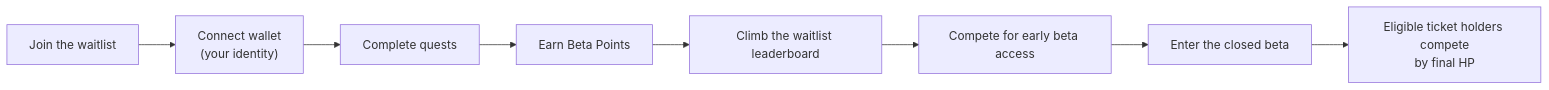
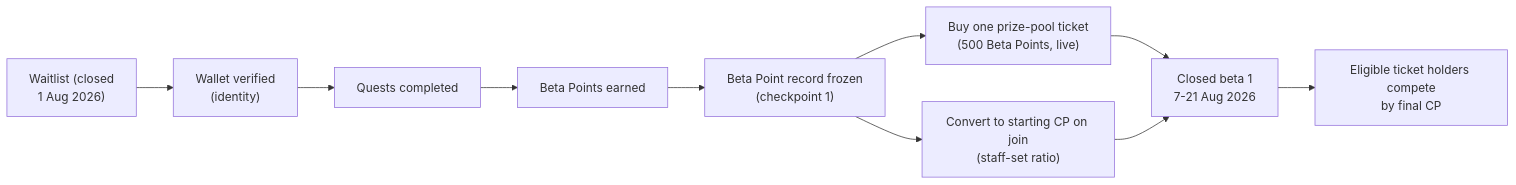
Before and after one commit to aiclawarena/ai-clawarena-public: the diagram in docs/waitlist.md, drawn with Mermaid. The commit also changed other lines of this file and 22 other files, not shown here.

First line of the commit message:
docs: closed beta 1 — CP naming, ended waitlist, ticket sale, quest structure

````diff
--- a/docs/waitlist.md
+++ b/docs/waitlist.md
@@ -19,10 +30,12 @@
 ```mermaid
 flowchart LR
-    Join["Join the waitlist"] --> Wallet["Connect wallet<br/>(your identity)"]
-    Wallet --> Quests["Complete quests"]
-    Quests --> Points["Earn Beta Points"]
-    Points --> Board["Climb the waitlist leaderboard"]
-    Board --> Seat["Compete for early beta access"]
-    Seat --> Beta["Enter the closed beta"]
-    Beta --> Pool["Eligible ticket holders compete<br/>by final HP"]
+    Join["Waitlist (closed<br/>1 Aug 2026)"] --> Wallet["Wallet verified<br/>(identity)"]
+    Wallet --> Quests["Quests completed"]
+    Quests --> Points["Beta Points earned"]
+    Points --> Freeze["Beta Point record frozen<br/>(checkpoint 1)"]
+    Freeze --> Ticket["Buy one prize-pool ticket<br/>(500 Beta Points, live)"]
+    Freeze --> Start["Convert to starting CP on join<br/>(staff-set ratio)"]
+    Ticket --> Beta["Closed beta 1<br/>7-21 Aug 2026"]
+    Start --> Beta
+    Beta --> Pool["Eligible ticket holders compete<br/>by final CP"]
 ```
````
